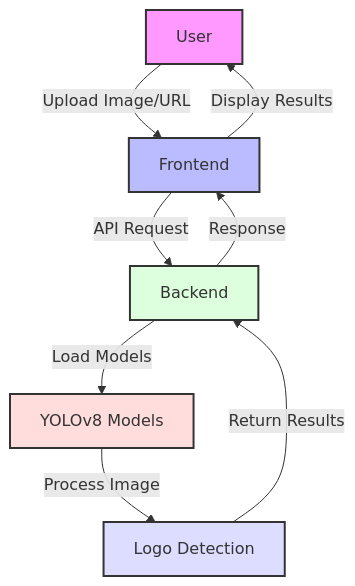
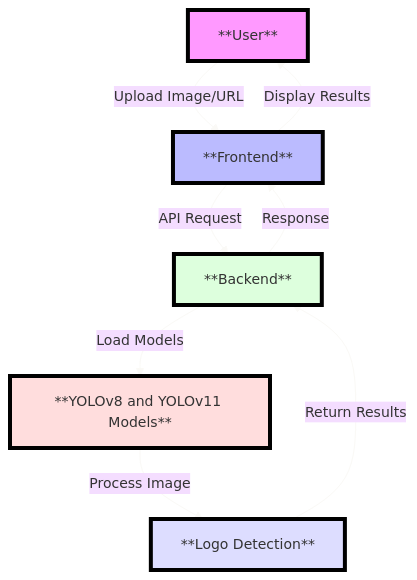
Before and after one commit to Dhruv0306/SymphonyProject1: the first of 4 diagrams in README.md, drawn with Mermaid. The commit also changed other lines of this file, not shown here.

````diff
--- a/README.md
+++ b/README.md
@@ -31,16 +31,26 @@
 ```mermaid
+%%{
+  init: {
+    'theme': 'base',
+    'themeVariables': {
+      'fontSize': '14px',
+      'fontFamily': 'Arial, sans-serif'
+    }
+  }
+}%%
 graph TD
-    A[User] -->|Upload Image/URL| B[Frontend]
-    B -->|API Request| C[Backend]
-    C -->|Load Models| D[YOLOv8 Models]
-    D -->|Process Image| E[Logo Detection]
+    A[**User**] -->|Upload Image/URL| B[**Frontend**]
+    B -->|API Request| C[**Backend**]
+    C -->|Load Models| D[**YOLOv8 and YOLOv11 Models**]
+    D -->|Process Image| E[**Logo Detection**]
     E -->|Return Results| C
     C -->|Response| B
     B -->|Display Results| A
-    
-    style A fill:#f9f,stroke:#333,stroke-width:2px
-    style B fill:#bbf,stroke:#333,stroke-width:2px
-    style C fill:#dfd,stroke:#333,stroke-width:2px
-    style D fill:#fdd,stroke:#333,stroke-width:2px
-    style E fill:#ddf,stroke:#333,stroke-width:2px
+    linkStyle default stroke-width: 3px
+    linkStyle default stroke: #FAF9F6
+    style A fill:#f9f,stroke:#000,stroke-width:4px,color:000
+    style B fill:#bbf,stroke:#000,stroke-width:4px,color:000
+    style C fill:#dfd,stroke:#000,stroke-width:4px,color:000
+    style D fill:#fdd,stroke:#000,stroke-width:4px,color:000
+    style E fill:#ddf,stroke:#000,stroke-width:4px,color:000
 ```
````
